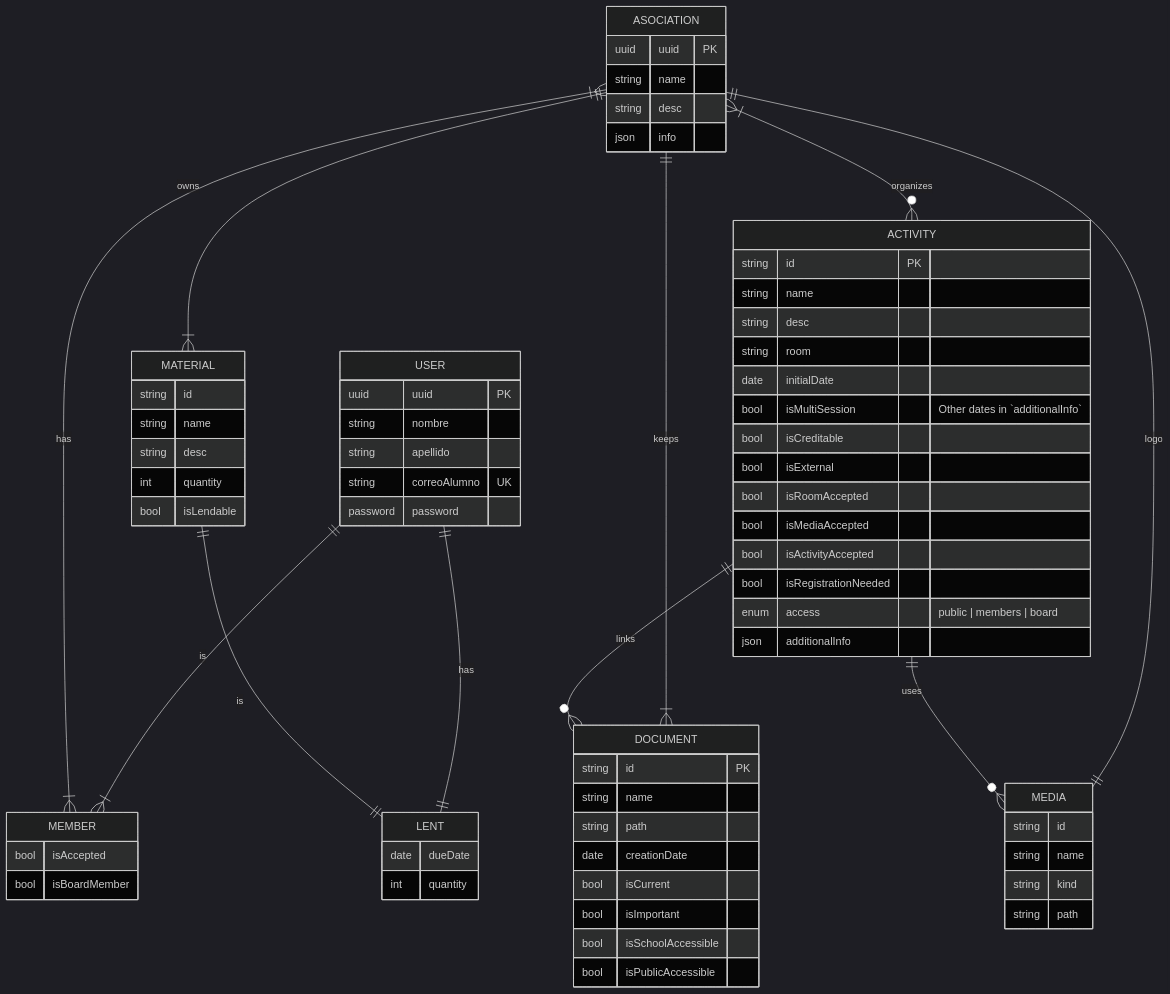
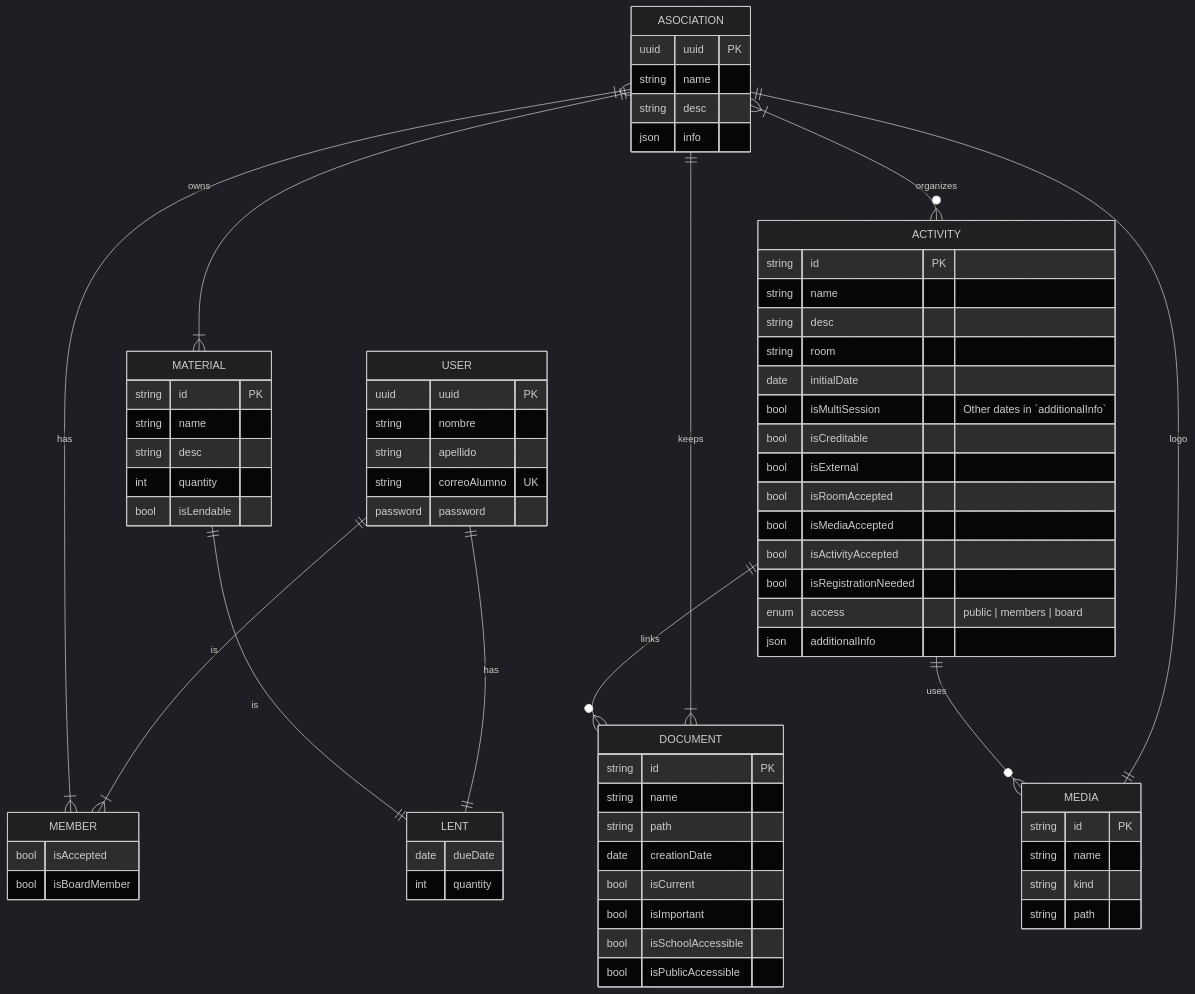
One commit to aafrecct/danubit changed the diagram in docs/src/er.mmd. Above: the diagram before and after it, drawn with Mermaid (dark theme). The commit also changed 11 other files, not shown here.

```diff
--- a/docs/src/er.mmd
+++ b/docs/src/er.mmd
@@ -1,79 +1,79 @@
 erDiagram
   
-  USER ||--|{ MEMBER  : is
-  USER ||--|| LENT    : has
+  USER ||--|{ MEMBER              : is
+  USER ||--|| LENT                : has
   USER {
-    uuid      uuid          PK
+    uuid      uuid                PK
     string    nombre        
     string    apellido
-    string    correoAlumno  UK
+    string    correoAlumno        UK
     password  password
   }
 
-  ASOCIATION }|--|{ MEMBER    : has
-  ASOCIATION ||--|{ DOCUMENT  : keeps
-  ASOCIATION }|--o{ ACTIVITY  : organizes
-  ASOCIATION ||--|{ MATERIAL  : owns
-  ASOCIATION ||--|| MEDIA     : logo
+  ASOCIATION }|--|{ MEMBER        : has
+  ASOCIATION ||--|{ DOCUMENT      : keeps
+  ASOCIATION }|--o{ ACTIVITY      : organizes
+  ASOCIATION ||--|{ MATERIAL      : owns
+  ASOCIATION ||--|| MEDIA         : logo
   ASOCIATION {
-    uuid    uuid      PK
+    uuid    uuid                  PK
     string  name
     string  desc
     json    info
   }
   
   MEMBER {
     bool isAccepted
     bool isBoardMember
   }
   
-  ACTIVITY ||--o{ MEDIA       : uses  
-  ACTIVITY ||--o{ DOCUMENT    : links
+  ACTIVITY ||--o{ MEDIA           : uses  
+  ACTIVITY ||--o{ DOCUMENT        : links
   ACTIVITY {
-    string  id                PK
+    string  id                    PK
     string  name
     string  desc
     string  room
     date    initialDate
     bool    isMultiSession        "Other dates in `additionalInfo`"
     bool    isCreditable
     bool    isExternal
     bool    isRoomAccepted
     bool    isMediaAccepted
     bool    isActivityAccepted
     bool    isRegistrationNeeded
     enum    access                "public | members | board"
     json    additionalInfo
   }
   
   DOCUMENT {
-    string  id                PK
+    string  id                    PK
     string  name
     string  path
     date    creationDate
     bool    isCurrent
     bool    isImportant
     bool    isSchoolAccessible
     bool    isPublicAccessible
   }
 
   MATERIAL ||--|| LENT : is
   MATERIAL {
-    string  id
+    string  id                    PK
     string  name
     string  desc
     int     quantity
     bool    isLendable
   }
 
   LENT {
     date    dueDate
     int     quantity
   }
 
   MEDIA {
-    string  id
+    string  id                    PK
     string  name
     string  kind
     string  path
   }
```
